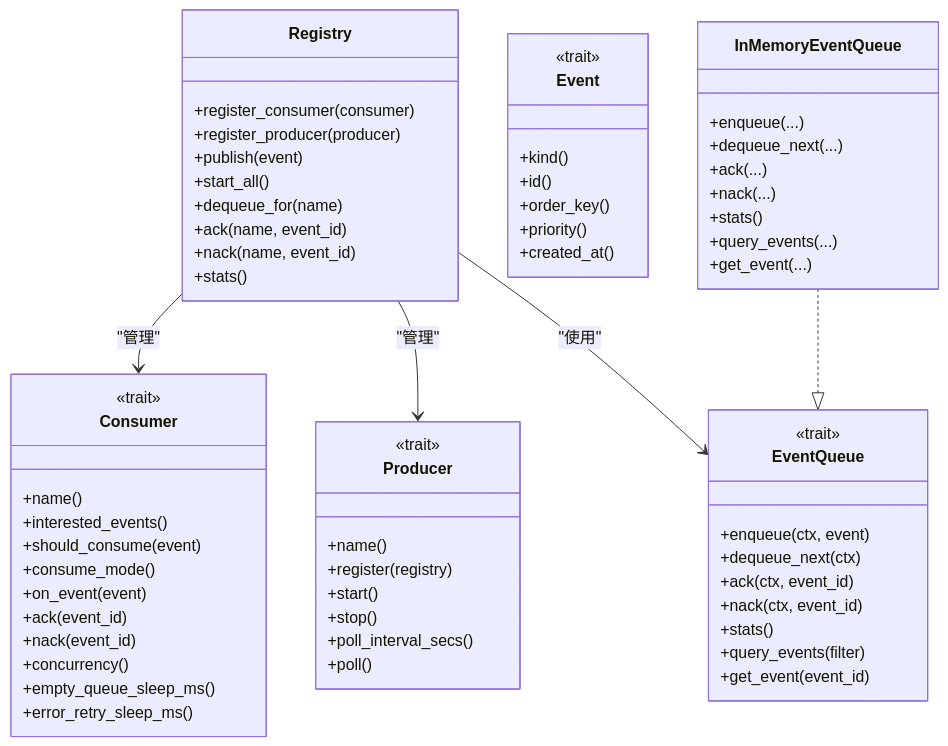
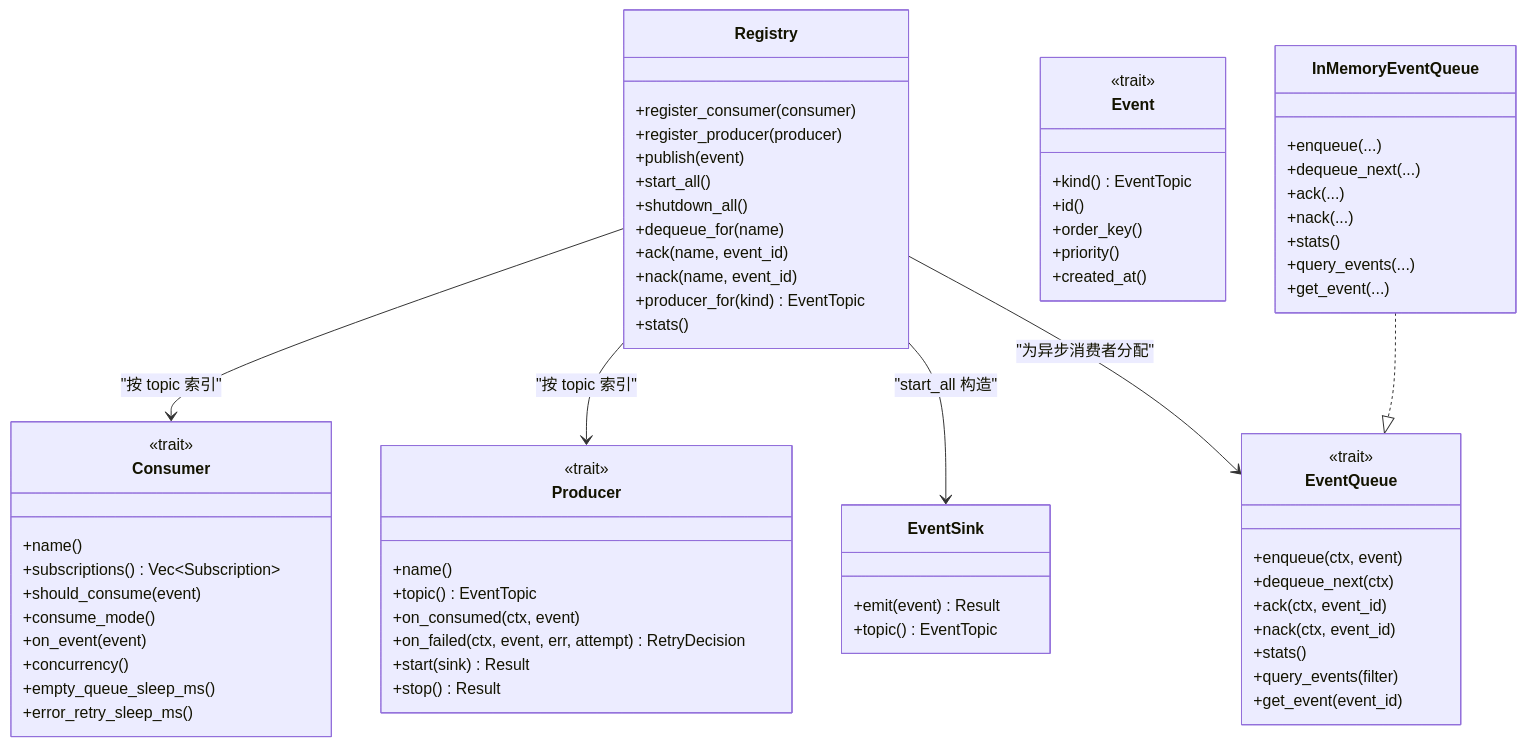
The third of 3 diagrams in docs/wiki/zh/content/基础设施/AOP 事件系统/AOP 核心架构/AOP 核心架构.md (runningcoders/ai_orz), drawn with Mermaid before and after one commit. The commit also changed other lines of this file and 37 other files, not shown here.

````diff
--- a/docs/wiki/zh/content/基础设施/AOP 事件系统/AOP 核心架构/AOP 核心架构.md
+++ b/docs/wiki/zh/content/基础设施/AOP 事件系统/AOP 核心架构/AOP 核心架构.md
@@ -282,66 +306,71 @@
 ```mermaid
 classDiagram
 class Registry {
 +register_consumer(consumer)
 +register_producer(producer)
 +publish(event)
 +start_all()
++shutdown_all()
 +dequeue_for(name)
 +ack(name, event_id)
 +nack(name, event_id)
++producer_for(kind) EventTopic
 +stats()
 }
 class Consumer {
 <<trait>>
 +name()
-+interested_events()
++subscriptions() Vec~Subscription~
 +should_consume(event)
 +consume_mode()
 +on_event(event)
-+ack(event_id)
-+nack(event_id)
 +concurrency()
 +empty_queue_sleep_ms()
 +error_retry_sleep_ms()
 }
 class Producer {
 <<trait>>
 +name()
-+register(registry)
-+start()
-+stop()
-+poll_interval_secs()
-+poll()
++topic() EventTopic
++on_consumed(ctx, event)
++on_failed(ctx, event, err, attempt) RetryDecision
++start(sink) Result
++stop() Result
 }
 class Event {
 <<trait>>
-+kind()
++kind() EventTopic
 +id()
 +order_key()
 +priority()
 +created_at()
+}
+class EventSink {
++emit(event) Result
++topic() EventTopic
 }
 class EventQueue {
 <<trait>>
 +enqueue(ctx, event)
 +dequeue_next(ctx)
 +ack(ctx, event_id)
 +nack(ctx, event_id)
 +stats()
 +query_events(filter)
 +get_event(event_id)
 }
 class InMemoryEventQueue {
 +enqueue(...)
 +dequeue_next(...)
 +ack(...)
 +nack(...)
 +stats()
 +query_events(...)
 +get_event(...)
 }
-Registry --> Consumer : "管理"
-Registry --> Producer : "管理"
-Registry --> EventQueue : "使用"
+Registry --> Consumer : "按 topic 索引"
+Registry --> Producer : "按 topic 索引"
+Registry --> EventSink : "start_all 构造"
+Registry --> EventQueue : "为异步消费者分配"
 InMemoryEventQueue ..|> EventQueue
 ```
````
